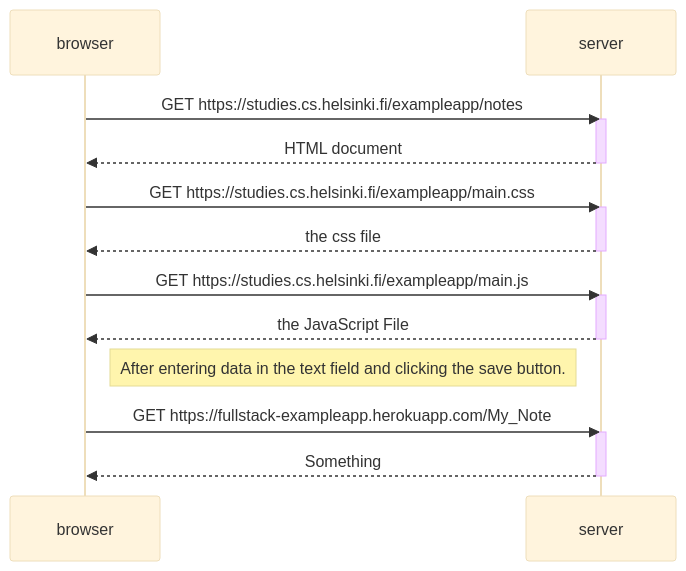
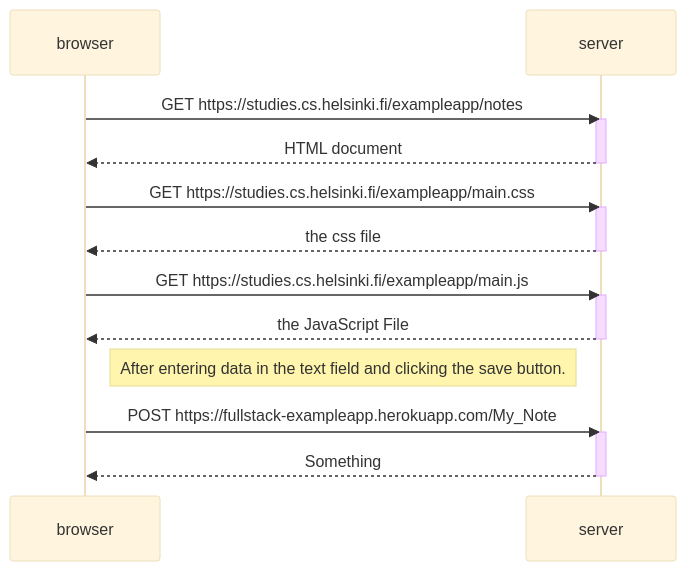
The diagram in part0/exercise 0.4.md (RachitReserk/Fullstack), drawn with Mermaid (base theme) before and after one commit.

Commit message:
Update exercise 0.4.md

````diff
--- a/part0/exercise 0.4.md
+++ b/part0/exercise 0.4.md
@@ -1,29 +1,29 @@
 ```mermaid
 
 sequenceDiagram
     participant browser
     participant server
 
 browser->>server: GET https://studies.cs.helsinki.fi/exampleapp/notes
 activate server
 server-->>browser: HTML document
 deactivate server
 
 browser->>server: GET https://studies.cs.helsinki.fi/exampleapp/main.css
 activate server
 server-->>browser: the css file
 deactivate server
 
 browser ->>server: GET https://studies.cs.helsinki.fi/exampleapp/main.js
 activate server
 server -->>browser: the JavaScript File
 deactivate server
 
 Note right of browser: After entering data in the text field and clicking the save button.
 
-browser ->>server: GET https://fullstack-exampleapp.herokuapp.com/My_Note
+browser ->>server: POST https://fullstack-exampleapp.herokuapp.com/My_Note
 activate server
 server-->>browser: Something
 deactivate server
 
 ```
````
